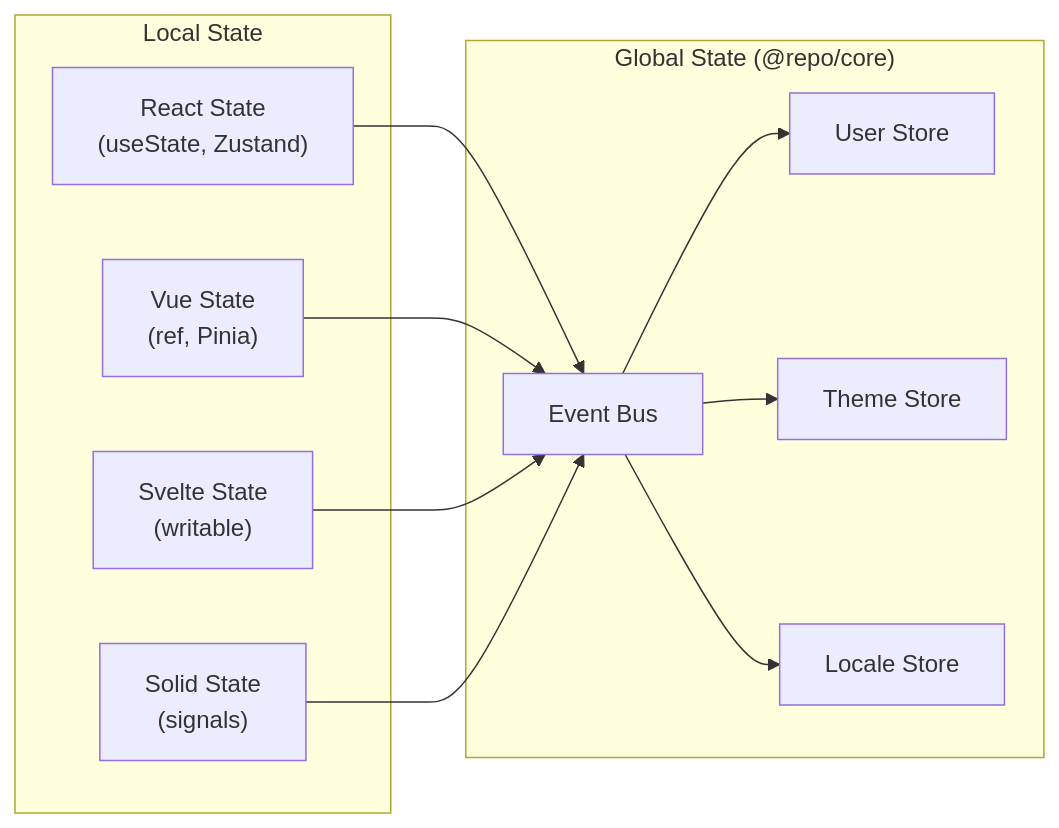
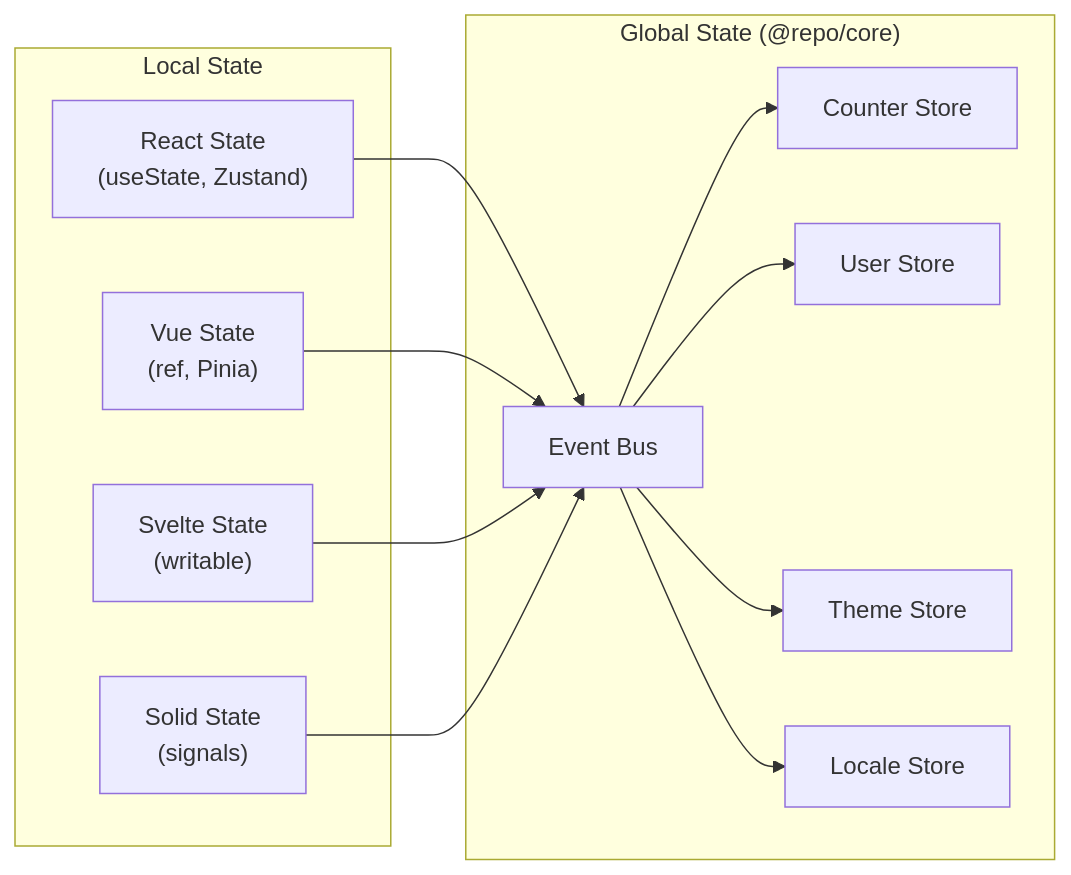
Before and after one commit to tian972k/micro-fontend-base: the fifth of 14 diagrams in docs/ARCHITECTURE.md, drawn with Mermaid. The commit also changed other lines of this file and 1 other file, not shown here.

First line of the commit message:
docs: add diagrams for MFE flows and update state sync docs

````diff
--- a/docs/ARCHITECTURE.md
+++ b/docs/ARCHITECTURE.md
@@ -214,25 +269,27 @@
 ```mermaid
 flowchart LR
     subgraph "Local State"
         ReactState["React State<br/>(useState, Zustand)"]
         VueState["Vue State<br/>(ref, Pinia)"]
         SvelteState["Svelte State<br/>(writable)"]
         SolidState["Solid State<br/>(signals)"]
     end
 
     subgraph "Global State (@repo/core)"
+        CounterStore["Counter Store"]
         UserStore["User Store"]
         ThemeStore["Theme Store"]
         LocaleStore["Locale Store"]
         EventBus["Event Bus"]
     end
 
     ReactState --> EventBus
     VueState --> EventBus
     SvelteState --> EventBus
     SolidState --> EventBus
 
+    EventBus --> CounterStore
     EventBus --> UserStore
     EventBus --> ThemeStore
     EventBus --> LocaleStore
 ```
````
